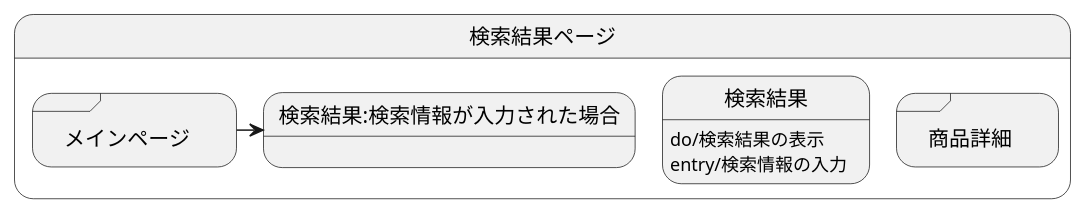
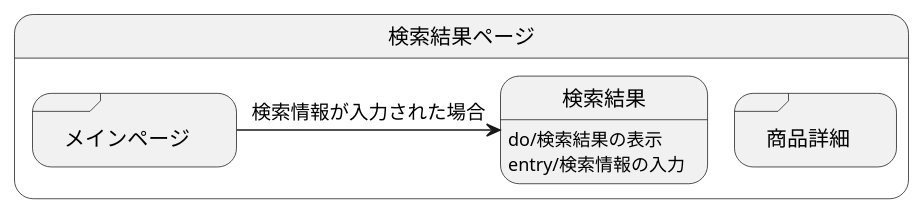
The diagram in 検索結果.md (akutori/T-D-E), drawn with PlantUML before and after one commit.

Commit message:
誤字の修正

````diff
--- a/検索結果.md
+++ b/検索結果.md
@@ -1,12 +1,12 @@
 ```uml
 @startuml
 state 検索結果ページ{
     state 検索結果:do/検索結果の表示
     state 検索結果:entry/検索情報の入力
     state "商品詳細" as goodsdetail <<sdlreceive>>
     state "メインページ" as mainpage <<sdlreceive>>
-    mainpage -> 検索結果:検索情報が入力された場合
+    mainpage -> 検索結果 :検索情報が入力された場合
 }
 
 @enduml
 ```
````
